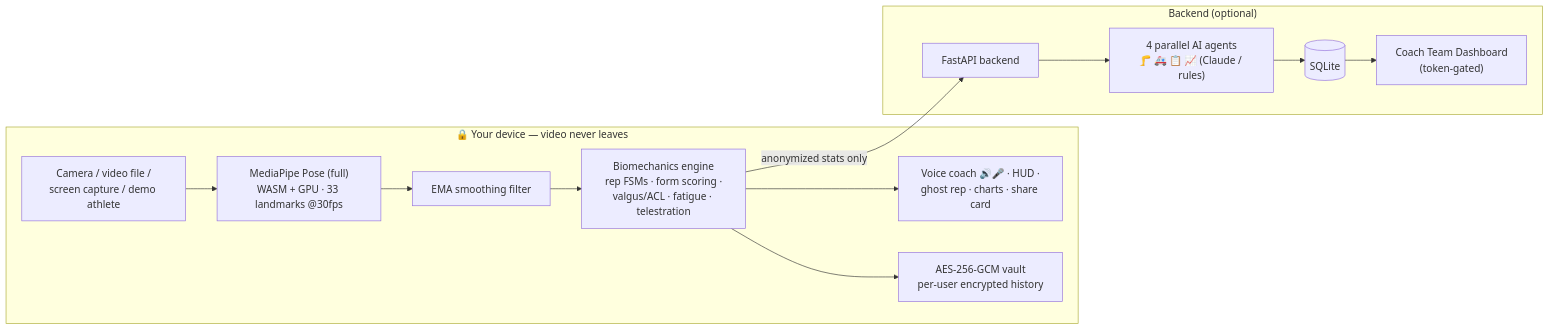
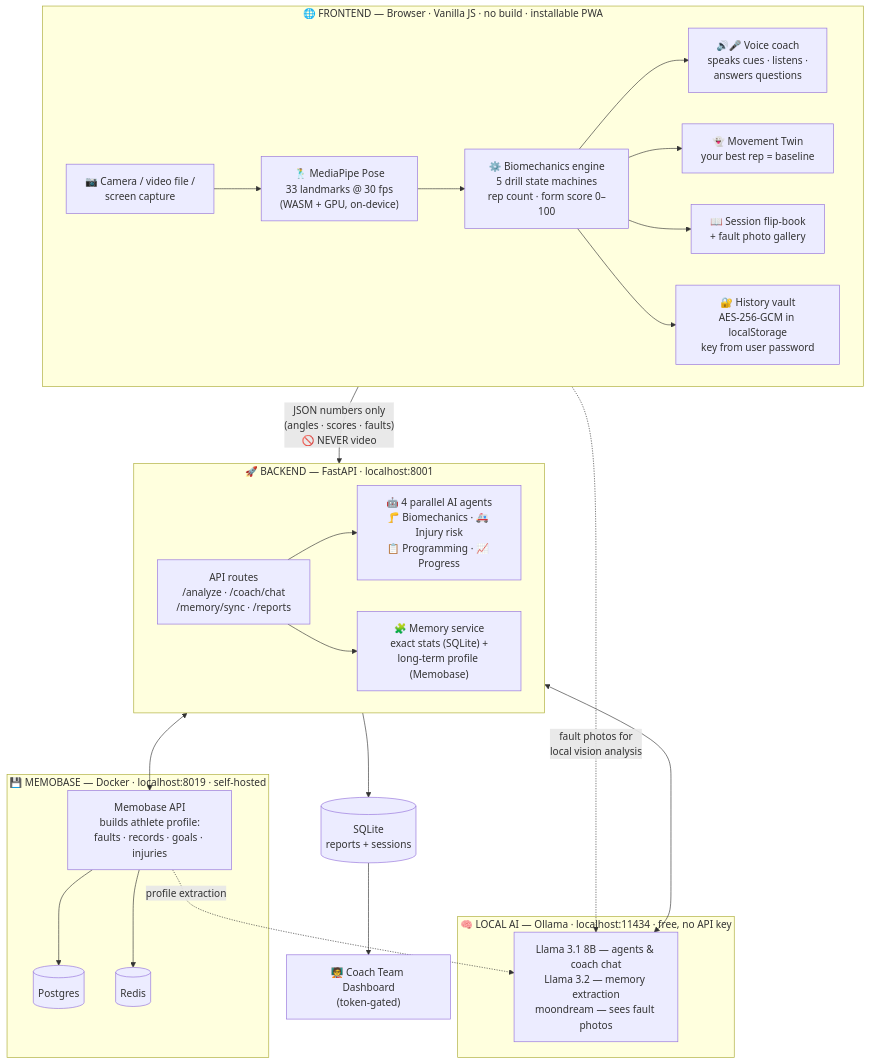
The diagram in README.md (auth889-ai/united), drawn with Mermaid before and after one commit. The commit also changed other lines of this file and 15 other files, not shown here.

````diff
--- a/README.md
+++ b/README.md
@@ -105,16 +105,36 @@
 ```mermaid
-flowchart LR
-  subgraph Device["🔒 Your device — video never leaves"]
-    CAM["Camera / video file /<br/>screen capture / demo athlete"] --> POSE["MediaPipe Pose (full)<br/>WASM + GPU · 33 landmarks @30fps"]
-    POSE --> SMOOTH["EMA smoothing filter"]
-    SMOOTH --> ENGINE["Biomechanics engine<br/>rep FSMs · form scoring ·<br/>valgus/ACL · fatigue · telestration"]
-    ENGINE --> UI["Voice coach 🔊🎤 · HUD ·<br/>ghost rep · charts · share card"]
-    ENGINE --> VAULT["AES-256-GCM vault<br/>per-user encrypted history"]
-  end
-  ENGINE -- "anonymized stats only" --> API["FastAPI backend"]
-  subgraph Server["Backend (optional)"]
-    API --> AGENTS["4 parallel AI agents<br/>🦵 🚑 📋 📈 (Claude / rules)"]
-    AGENTS --> DB[(SQLite)]
-    DB --> DASH["Coach Team Dashboard<br/>(token-gated)"]
-  end
+flowchart TB
+    subgraph FRONTEND["🌐 FRONTEND — Browser · Vanilla JS · no build · installable PWA"]
+        direction LR
+        CAM["📷 Camera / video file /<br/>screen capture"] --> POSE["🕺 MediaPipe Pose<br/>33 landmarks @ 30 fps<br/>(WASM + GPU, on-device)"]
+        POSE --> ENGINE["⚙️ Biomechanics engine<br/>5 drill state machines<br/>rep count · form score 0–100"]
+        ENGINE --> VOICE["🔊🎤 Voice coach<br/>speaks cues · listens ·<br/>answers questions"]
+        ENGINE --> TWIN["👻 Movement Twin<br/>your best rep = baseline"]
+        ENGINE --> BOOK["📖 Session flip-book<br/>+ fault photo gallery"]
+        ENGINE --> VAULT["🔐 History vault<br/>AES-256-GCM in localStorage<br/>key from user password"]
+    end
+
+    FRONTEND -- "JSON numbers only<br/>(angles · scores · faults)<br/>🚫 NEVER video" --> ROUTES
+    FRONTEND -. "fault photos for<br/>local vision analysis" .-> OLLAMA
+
+    subgraph BACKEND["🚀 BACKEND — FastAPI · localhost:8001"]
+        direction LR
+        ROUTES["API routes<br/>/analyze · /coach/chat<br/>/memory/sync · /reports"] --> AGENTS["🤖 4 parallel AI agents<br/>🦵 Biomechanics · 🚑 Injury risk<br/>📋 Programming · 📈 Progress"]
+        ROUTES --> MEMSVC["🧩 Memory service<br/>exact stats (SQLite) +<br/>long-term profile (Memobase)"]
+    end
+
+    subgraph AI["🧠 LOCAL AI — Ollama · localhost:11434 · free, no API key"]
+        OLLAMA["Llama 3.1 8B — agents & coach chat<br/>Llama 3.2 — memory extraction<br/>moondream — sees fault photos"]
+    end
+
+    subgraph MEMOBASE["💾 MEMOBASE — Docker · localhost:8019 · self-hosted"]
+        MAPI["Memobase API<br/>builds athlete profile:<br/>faults · records · goals · injuries"] --> PG[("Postgres")]
+        MAPI --> RD[("Redis")]
+    end
+
+    AGENTS <--> OLLAMA
+    MEMSVC <--> MAPI
+    MAPI -. "profile extraction" .-> OLLAMA
+    AGENTS --> DB[("SQLite<br/>reports + sessions")]
+    DB --> DASH["🧑‍🏫 Coach Team Dashboard<br/>(token-gated)"]
 ```
````
